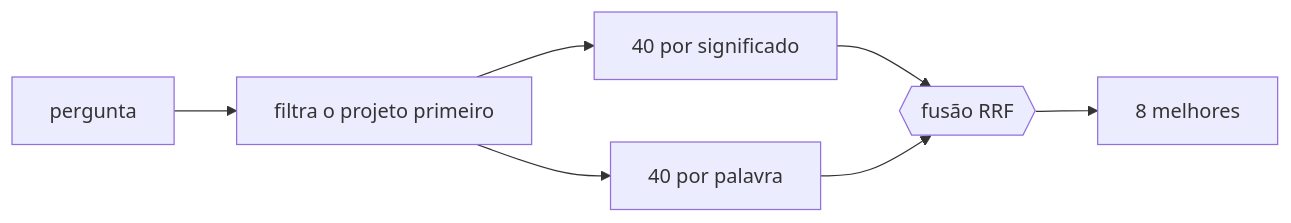
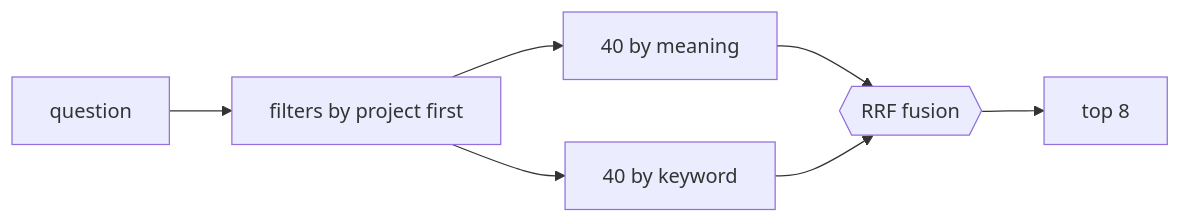
The diagram in docs/tasks/en/E6-project-memory/FAB-603-search-by-meaning-and-by-exact-term.md (enzoconsulo/factory-tcc), drawn with Mermaid before and after one commit. The commit also changed 52 other files, not shown here.

````diff
--- a/docs/tasks/en/E6-project-memory/FAB-603-search-by-meaning-and-by-exact-term.md
+++ b/docs/tasks/en/E6-project-memory/FAB-603-search-by-meaning-and-by-exact-term.md
@@ -11,9 +11,9 @@
 ```mermaid
 flowchart LR
-  Q["pergunta"] --> P["filtra o projeto primeiro"]
-  P --> V["40 por significado"]
-  P --> T["40 por palavra"]
-  V --> R{{"fusão RRF"}}
+  Q["question"] --> P["filters by project first"]
+  P --> V["40 by meaning"]
+  P --> T["40 by keyword"]
+  V --> R{{"RRF fusion"}}
   T --> R
-  R --> O["8 melhores"]
+  R --> O["top 8"]
 ```
````
